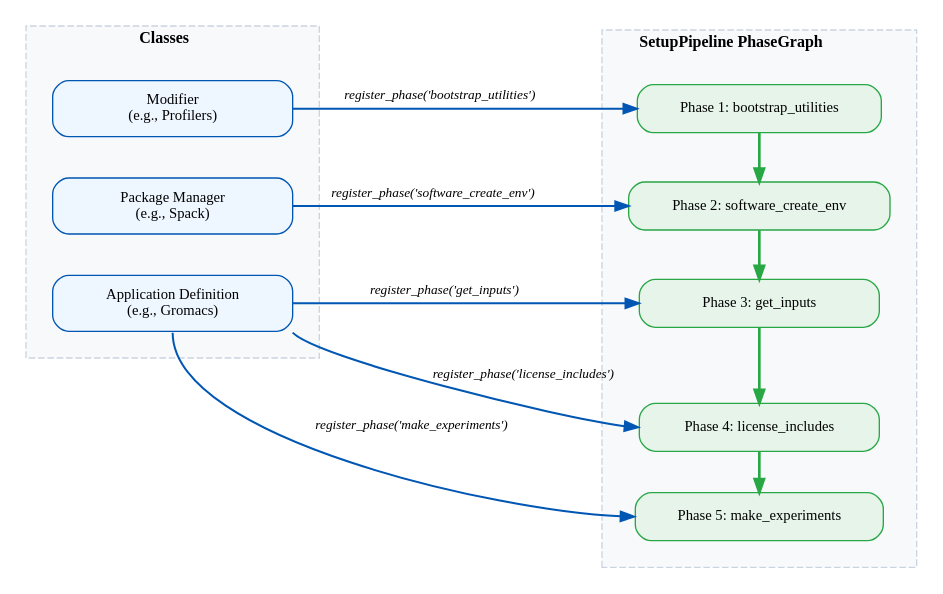
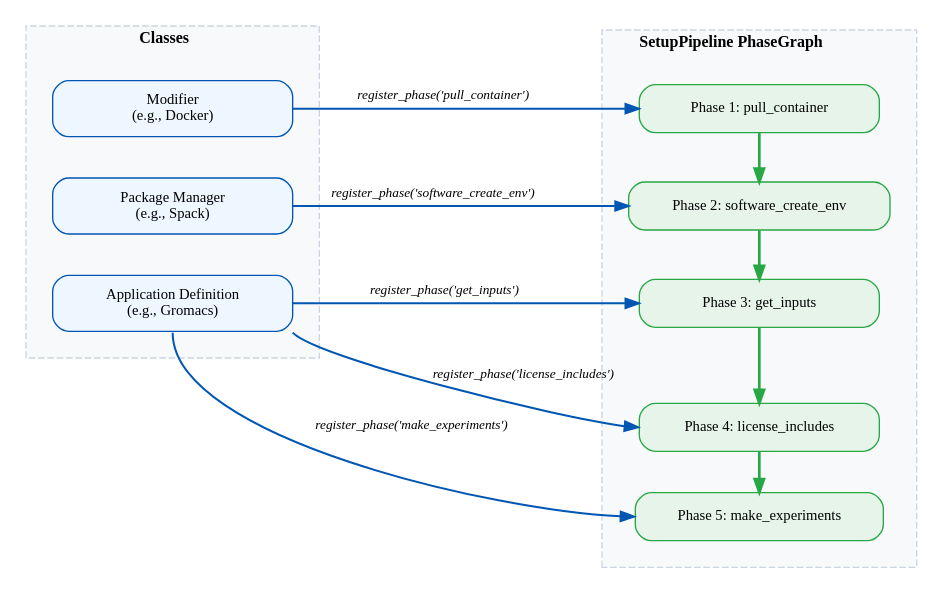
The first of 5 diagrams in lib/ramble/docs/dev_guides/advanced_topics.rst (Ramble-Project/ramble), drawn with Graphviz before and after one commit. The commit also changed other lines of this file and 1 other file, not shown here.

```diff
--- a/lib/ramble/docs/dev_guides/advanced_topics.rst
+++ b/lib/ramble/docs/dev_guides/advanced_topics.rst
@@ -146,7 +147,7 @@
             margin=20;
 
             mod [
-                label="Modifier\n(e.g., Profilers)",
+                label="Modifier\n(e.g., Docker)",
                 fillcolor="#eef6ff",
                 color="#0056b3",
                 width=2.5
@@ -179,7 +180,7 @@
             margin=20;
 
             p1 [
-                label="Phase 1: bootstrap_utilities",
+                label="Phase 1: pull_container",
                 fillcolor="#e6f4ea",
                 color="#28a745",
                 width=2.5
@@ -219,7 +220,7 @@
 
         // Classes --> Phases
         mod -> p1 [
-            label=<<i>register_phase('bootstrap_utilities')</i>>,
+            label=<<i>register_phase('pull_container')</i>>,
             color="#0056b3"
         ];
         pm  -> p2 [
```
